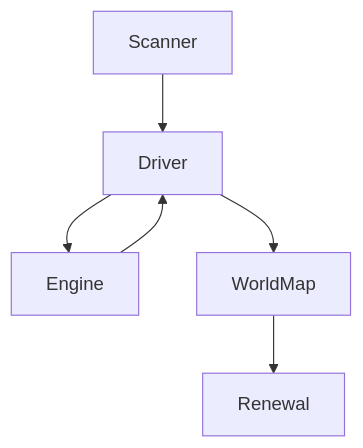
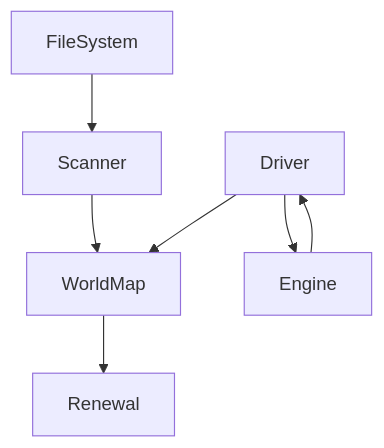
The fourth of 4 diagrams in ARCHITECTURE.md (olilanz/memento-mc), drawn with Mermaid before and after one commit. The commit also changed other lines of this file, not shown here.

Commit message:
Refine world scanner responsibilities and clarify scanning doctrine in architecture documentation

````diff
--- a/ARCHITECTURE.md
+++ b/ARCHITECTURE.md
@@ -177,8 +181,9 @@
 ```mermaid
 flowchart TB
-    Scanner --> Driver
+    FileSystem --> Scanner
+    Scanner --> WorldMap
     Driver --> Engine
     Engine --> Driver
     Driver --> WorldMap
     WorldMap --> Renewal
 ```
````
